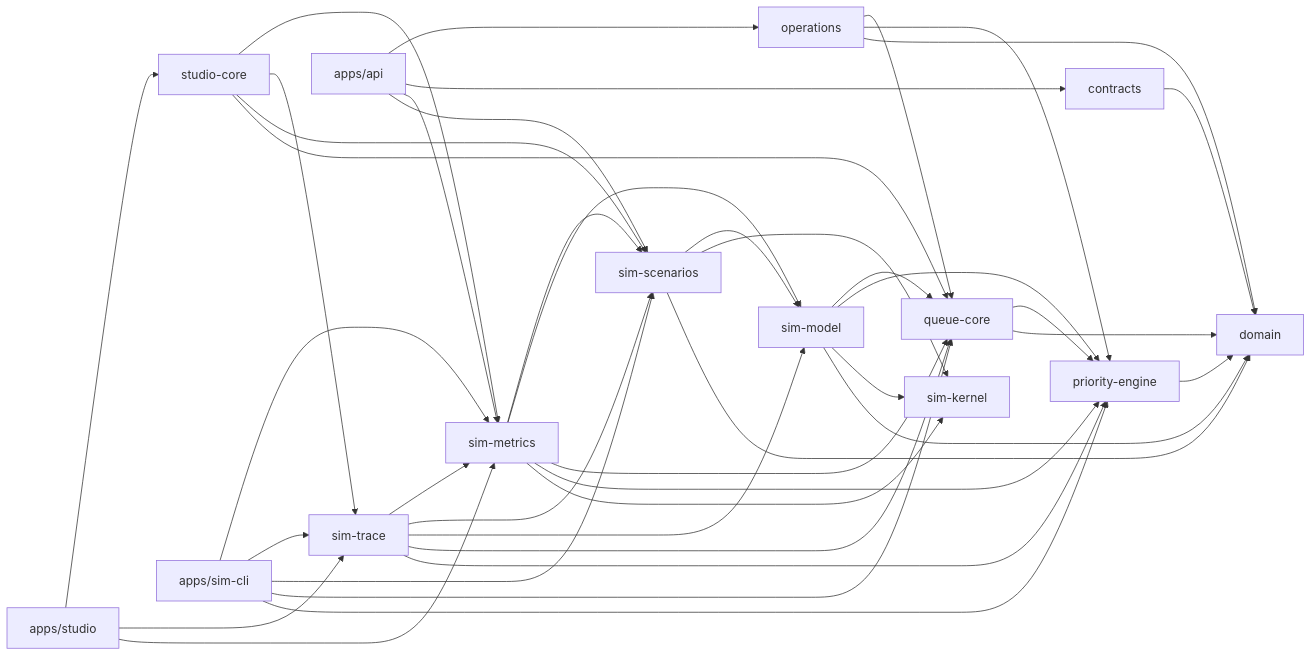
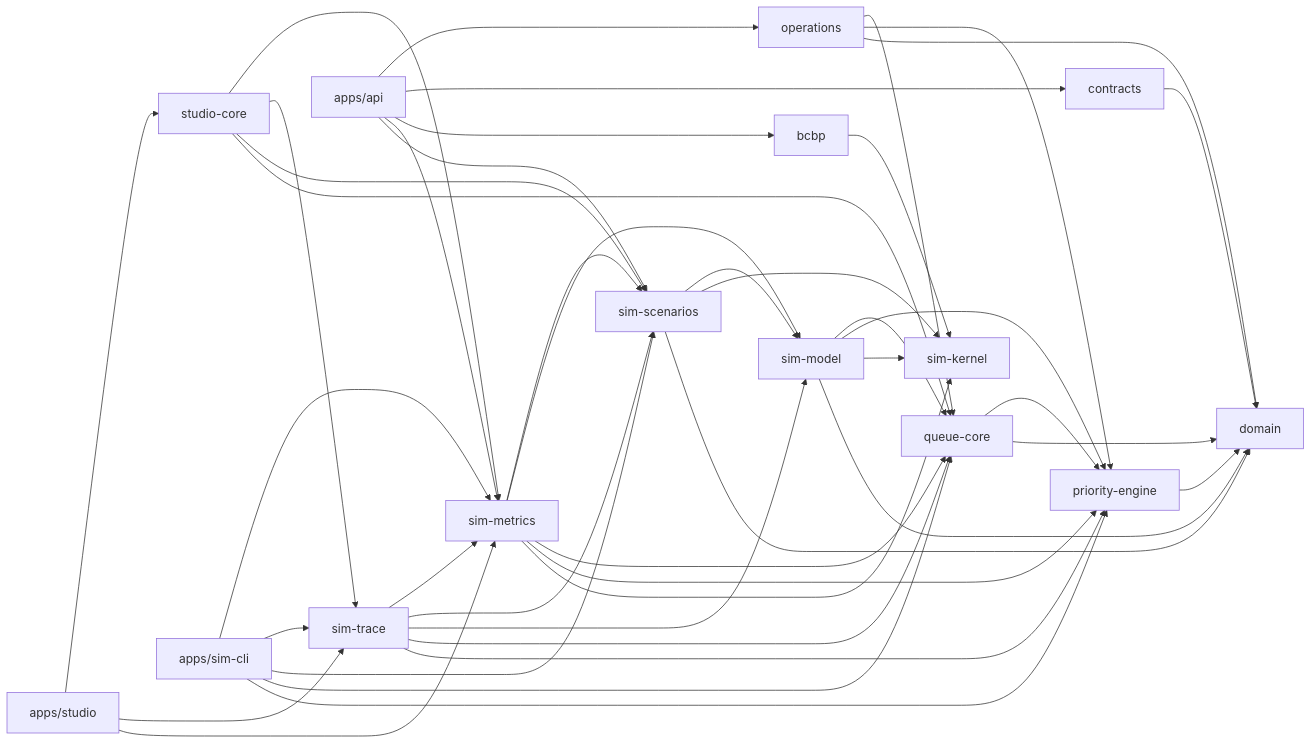
The first of 3 diagrams in ARCHITECTURE.md (leviuzz/gaterush), drawn with Mermaid before and after one commit. The commit also changed other lines of this file and 41 other files, not shown here.

````diff
--- a/ARCHITECTURE.md
+++ b/ARCHITECTURE.md
@@ -53,57 +54,60 @@
 ```mermaid
 flowchart LR
   domain["domain"]
   kernel["sim-kernel"]
   engine["priority-engine"]
   queue["queue-core"]
   model["sim-model"]
   scenarios["sim-scenarios"]
   metrics["sim-metrics"]
   trace["sim-trace"]
   studiocore["studio-core"]
   operations["operations"]
   contracts["contracts"]
+  bcbp["bcbp"]
   api["apps/api"]
   cli["apps/sim-cli"]
   studio["apps/studio"]
   engine --> domain
   queue --> engine
   queue --> domain
   model --> queue
   model --> engine
   model --> kernel
   model --> domain
   scenarios --> model
   scenarios --> kernel
   scenarios --> domain
   metrics --> scenarios
   metrics --> model
   metrics --> queue
   metrics --> engine
   metrics --> kernel
   trace --> metrics
   trace --> scenarios
   trace --> model
   trace --> queue
   trace --> engine
   cli --> metrics
   cli --> trace
   cli --> scenarios
   cli --> queue
   cli --> engine
   studiocore --> metrics
   studiocore --> trace
   studiocore --> scenarios
   studiocore --> queue
   studio --> studiocore
   studio --> trace
   studio --> metrics
   operations --> queue
   operations --> engine
   operations --> domain
   contracts --> domain
+  bcbp --> kernel
   api --> operations
   api --> contracts
+  api --> bcbp
   api --> metrics
   api --> scenarios
 ```
````
